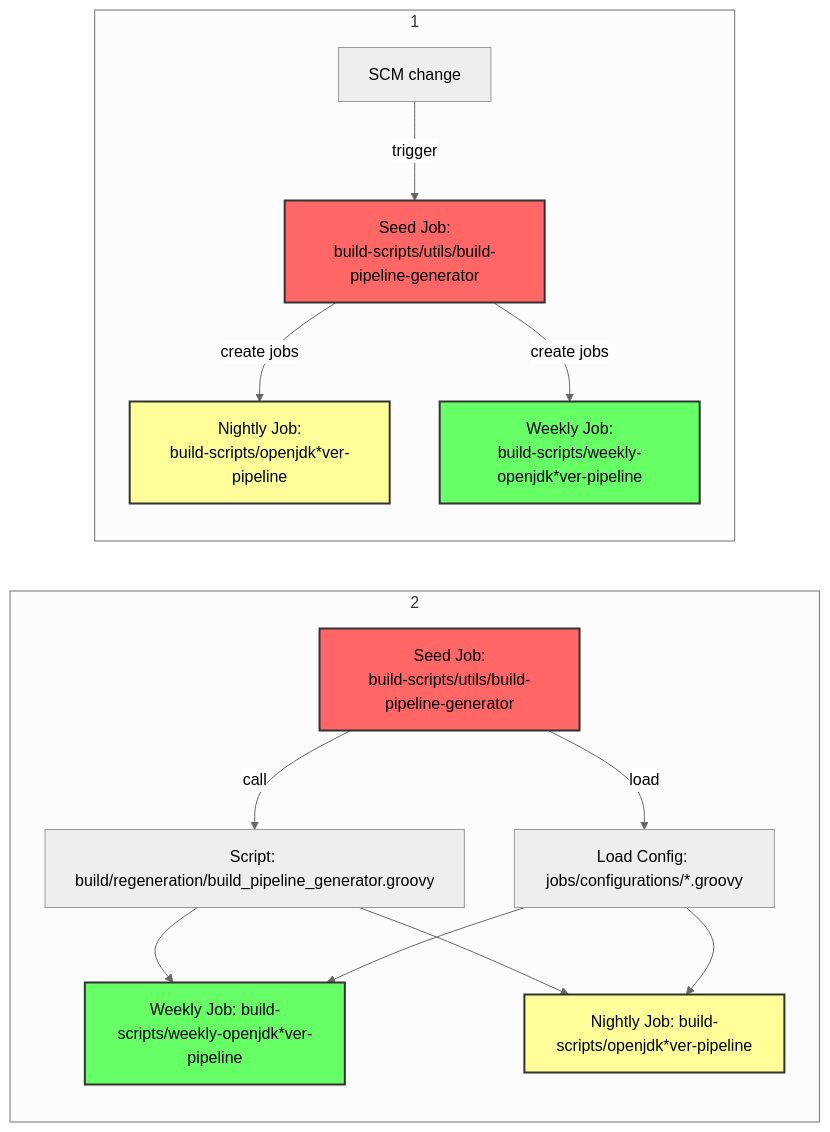
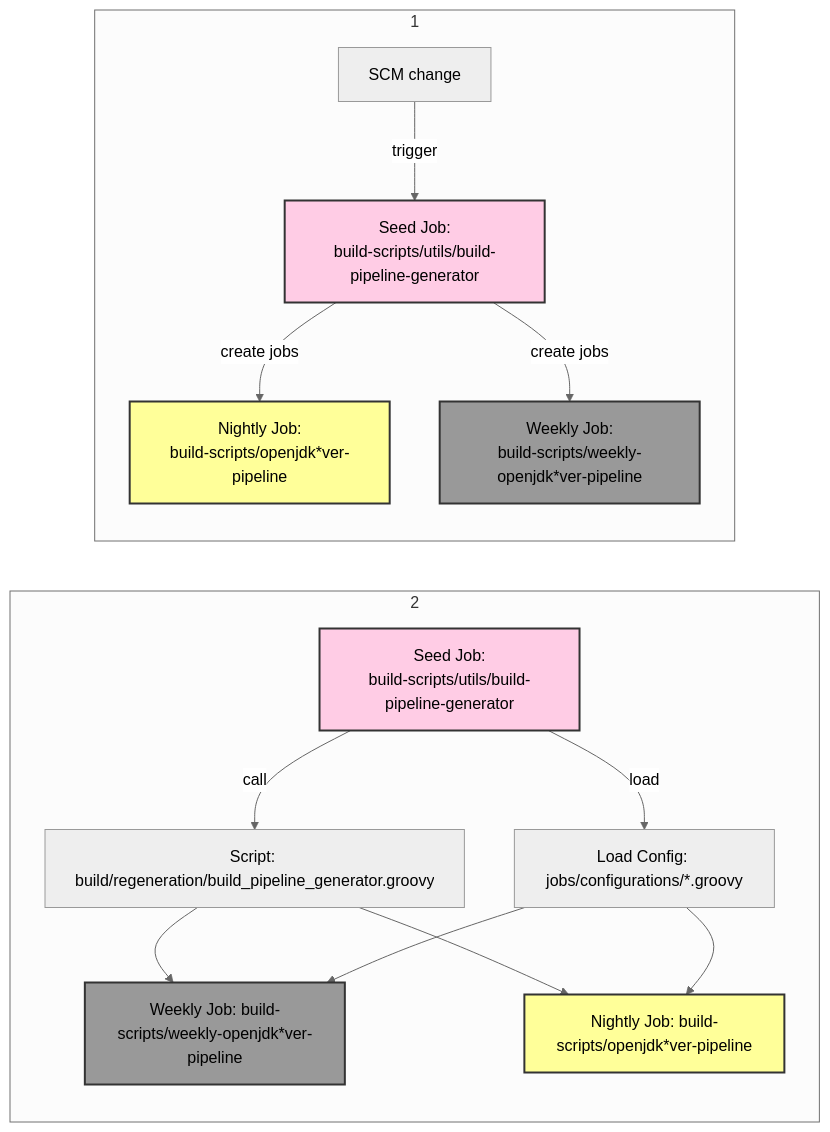
Before and after one commit to adoptium/ci-jenkins-pipelines: the second of 9 diagrams in docs/diagram.md, drawn with Mermaid (neutral theme). The commit also changed other lines of this file, not shown here.

````diff
--- a/docs/diagram.md
+++ b/docs/diagram.md
@@ -35,27 +37,32 @@
 ```mermaid
-flowchart  LR
+
+flowchart LR
 
 subgraph 1
 
 Trigger[SCM change] --trigger--> Seed1["Seed Job:\nbuild-scripts/utils/build-pipeline-generator"]
+
 Seed1 --create jobs--> Pipelinen1["Nightly Job:\nbuild-scripts/openjdk*ver-pipeline"]
+
 Seed1 --create jobs--> Pipelinew1["Weekly Job:\nbuild-scripts/weekly-openjdk*ver-pipeline"]
 
 end
 
 subgraph 2
 
 Seed["Seed Job:\nbuild-scripts/utils/build-pipeline-generator"] --call--> Call1["Script: build/regeneration/build_pipeline_generator.groovy"]
+
 Seed--load--> Load1["Load Config: jobs/configurations/*.groovy"]
+
 Call1 & Load1--> Pipelinew["Weekly Job: build-scripts/weekly-openjdk*ver-pipeline"] & Pipelinen["Nightly Job: build-scripts/openjdk*ver-pipeline"]
 
 end
 
-classDef red fill:#ff6666,stroke:#333,stroke-width:2px
+classDef red fill:#ffcce5,stroke:#333,stroke-width:2px
 classDef yellow fill:#ffff99,stroke:#333,stroke-width:2px
-classDef green fill:#66ff66,stroke:#333,stroke-width:2px
+classDef grey fill:#999999,stroke:#333,stroke-width:2px
 class Seed1,Seed red
 class Pipelinen1,Pipelinen yellow
-class Pipelinew1,Pipelinew green
+class Pipelinew1,Pipelinew grey
 
 ```
````
